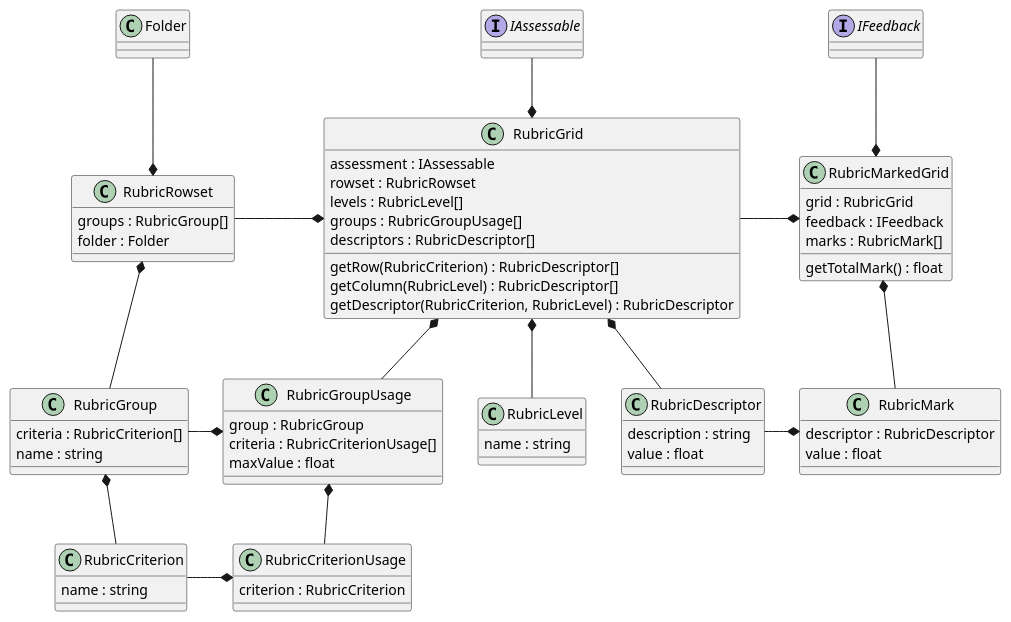
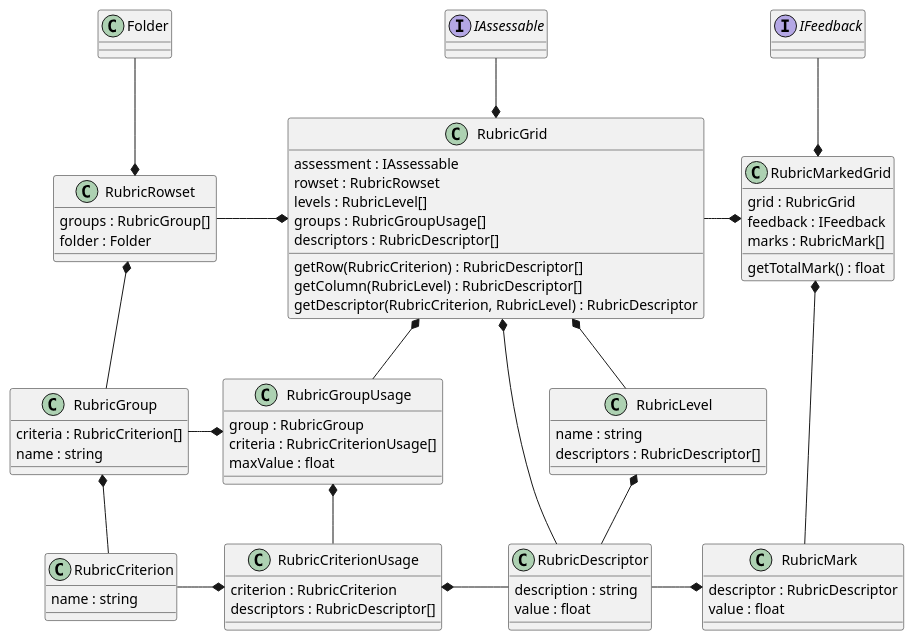
Before and after one commit to juliaattrevisan/schoolbox-api-docs: the diagram in library/Schoolbox/Assessment/Component/SubmissionBox/Rubric/Rubric.plantuml, drawn with PlantUML.

Commit message:
Add relation from rubric descriptors to rubric level and criterion [SA-7281]

```diff
--- a/library/Schoolbox/Assessment/Component/SubmissionBox/Rubric/Rubric.plantuml
+++ b/library/Schoolbox/Assessment/Component/SubmissionBox/Rubric/Rubric.plantuml
@@ -1,77 +1,81 @@
 @startuml
 class RubricRowset {
     groups : RubricGroup[]
     folder : Folder
 }
 class RubricGroup {
     criteria : RubricCriterion[]
     name : string
 }
 class RubricCriterion {
     name : string
 }
 
 RubricRowset *-u- Folder
 RubricRowset *-d- RubricGroup
 RubricGroup *-d- RubricCriterion
 
 class RubricGrid {
     assessment : IAssessable
     rowset : RubricRowset
     levels : RubricLevel[]
     groups : RubricGroupUsage[]
     descriptors : RubricDescriptor[]
     getRow(RubricCriterion) : RubricDescriptor[]
     getColumn(RubricLevel) : RubricDescriptor[]
     getDescriptor(RubricCriterion, RubricLevel) : RubricDescriptor
 }
 
 class RubricGroupUsage {
     group : RubricGroup
     criteria : RubricCriterionUsage[]
     maxValue : float
 }
 
 class RubricCriterionUsage {
     criterion : RubricCriterion
+    descriptors : RubricDescriptor[]
 }
 
 class RubricLevel {
     name : string
+    descriptors : RubricDescriptor[]
 }
 
 interface IAssessable
 
 RubricGrid *-l- RubricRowset
 RubricGrid *-u- IAssessable
 RubricGrid *-d- RubricDescriptor
 RubricGrid *-d- RubricGroupUsage
 RubricGroupUsage *-l- RubricGroup
 RubricGroupUsage *-d- RubricCriterionUsage
 RubricCriterionUsage *-l- RubricCriterion
+RubricCriterionUsage *-r- RubricDescriptor
 RubricGrid *-d- RubricLevel
+RubricLevel *-r- RubricDescriptor
 
 class RubricMarkedGrid {
     grid : RubricGrid
     feedback : IFeedback
     marks : RubricMark[]
     getTotalMark() : float
 }
 
 class RubricMark {
     descriptor : RubricDescriptor
     value : float
 }
 
 class RubricDescriptor {
     description : string
     value : float
 }
 
 interface IFeedback
 
 RubricMarkedGrid *-l- RubricGrid
 RubricMarkedGrid *-u- IFeedback
 RubricMarkedGrid *-d- RubricMark
 RubricMark *-l- RubricDescriptor
 @enduml
```
